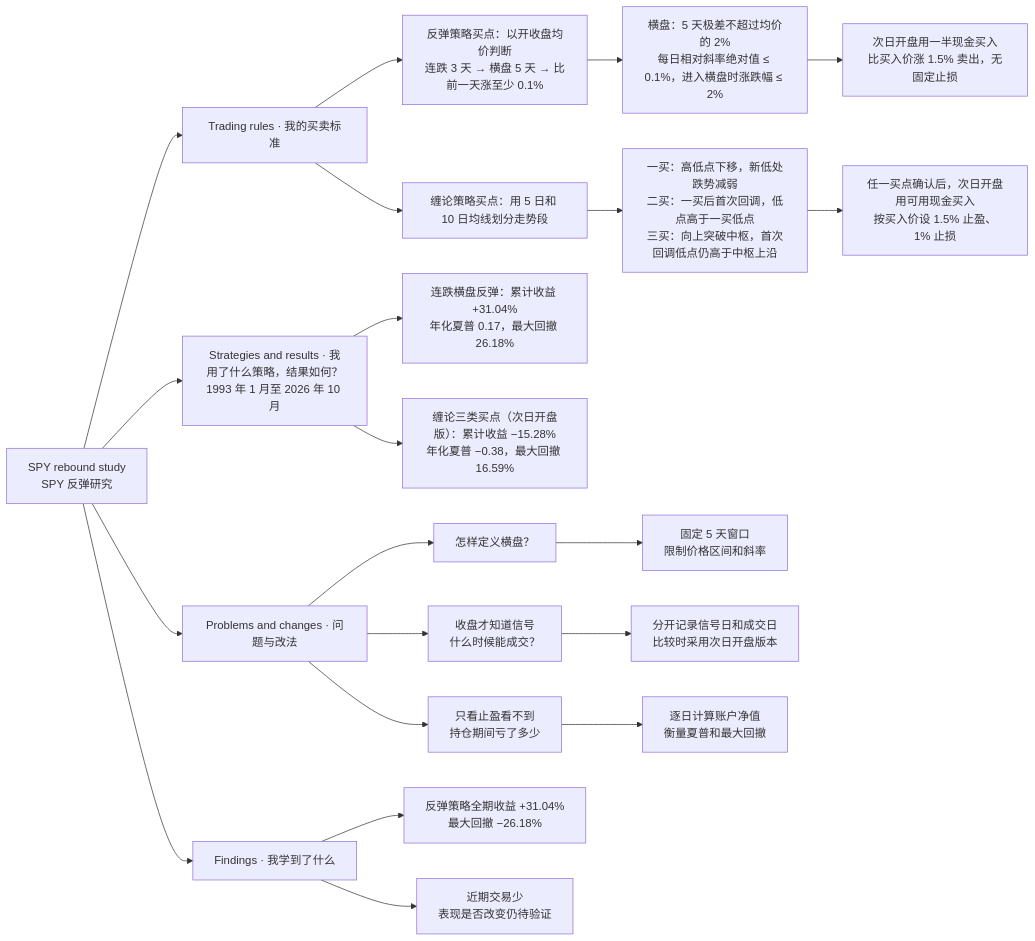
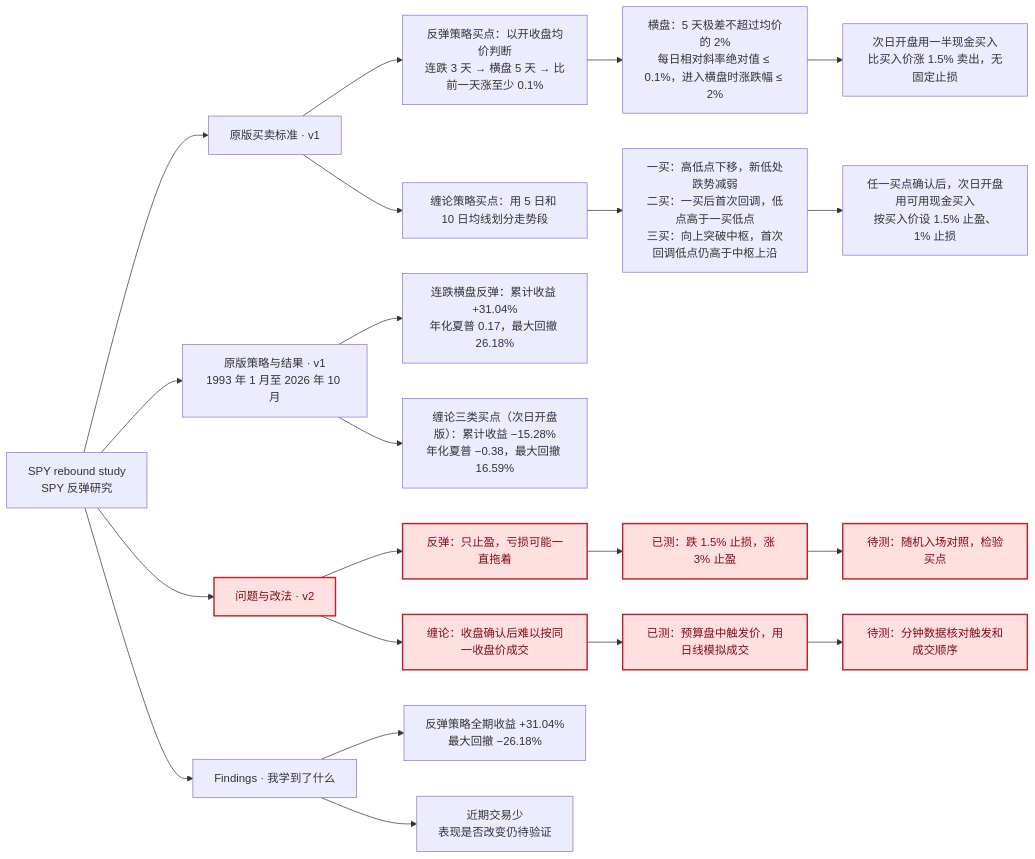
The second of 2 diagrams in README.md (PonyMa777/spy-rebound-strategy), drawn with Mermaid before and after one commit. The commit also changed other lines of this file and 2 other files, not shown here.

Commit message:
Backtest revised exits and intraday Chan triggers; document results and pending checks

````diff
--- a/README.md
+++ b/README.md
@@ -39,24 +39,26 @@
 ```mermaid
 flowchart LR
     A["SPY rebound study<br/>SPY 反弹研究"]
-    A --> B["Trading rules · 我的买卖标准"]
+    A --> B["原版买卖标准 · v1"]
     B --> B1["反弹策略买点：以开收盘均价判断<br/>连跌 3 天 → 横盘 5 天 → 比前一天涨至少 0.1%"]
     B1 --> B2["横盘：5 天极差不超过均价的 2%<br/>每日相对斜率绝对值 ≤ 0.1%，进入横盘时涨跌幅 ≤ 2%"]
     B2 --> B3["次日开盘用一半现金买入<br/>比买入价涨 1.5% 卖出，无固定止损"]
     B --> B4["缠论策略买点：用 5 日和 10 日均线划分走势段"]
     B4 --> B5["一买：高低点下移，新低处跌势减弱<br/>二买：一买后首次回调，低点高于一买低点<br/>三买：向上突破中枢，首次回调低点仍高于中枢上沿"]
     B5 --> B6["任一买点确认后，次日开盘用可用现金买入<br/>按买入价设 1.5% 止盈、1% 止损"]
-    A --> C["Strategies and results · 我用了什么策略，结果如何？<br/>1993 年 1 月至 2026 年 10 月"]
+    A --> C["原版策略与结果 · v1<br/>1993 年 1 月至 2026 年 10 月"]
     C --> C1["连跌横盘反弹：累计收益 +31.04%<br/>年化夏普 0.17，最大回撤 26.18%"]
     C --> C2["缠论三类买点（次日开盘版）：累计收益 −15.28%<br/>年化夏普 −0.38，最大回撤 16.59%"]
-    A --> D["Problems and changes · 问题与改法"]
-    D --> D1["怎样定义横盘？"]
-    D1 --> E1["固定 5 天窗口<br/>限制价格区间和斜率"]
-    D --> D2["收盘才知道信号<br/>什么时候能成交？"]
-    D2 --> E2["分开记录信号日和成交日<br/>比较时采用次日开盘版本"]
-    D --> D3["只看止盈看不到<br/>持仓期间亏了多少"]
-    D3 --> E3["逐日计算账户净值<br/>衡量夏普和最大回撤"]
+    A --> D["问题与改法 · v2"]
+    D --> D1["反弹：只止盈，亏损可能一直拖着"]
+    D1 --> E1["已测：跌 1.5% 止损，涨 3% 止盈"]
+    E1 --> N1["待测：随机入场对照，检验买点"]
+    D --> D2["缠论：收盘确认后难以按同一收盘价成交"]
+    D2 --> E2["已测：预算盘中触发价，用日线模拟成交"]
+    E2 --> N2["待测：分钟数据核对触发和成交顺序"]
+    classDef warning fill:#ffe0e0,stroke:#ba202b,color:#810b17,stroke-width:2px;
+    class D,D1,D2,E1,E2,N1,N2 warning;
     A --> F["Findings · 我学到了什么"]
     F --> F1["反弹策略全期收益 +31.04%<br/>最大回撤 −26.18%"]
     F --> F2["近期交易少<br/>表现是否改变仍待验证"]
 ```
````
